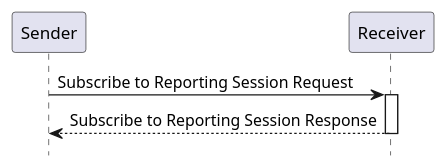
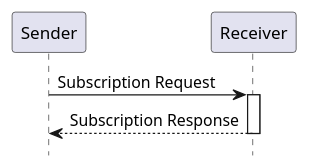
One commit to IHE/RAD.IRA changed the diagram in input/images-source/rad-x1-seq.plantuml. Above: the diagram before and after it, drawn with PlantUML. The commit also changed 1 other file, not shown here.

Commit message:
Simplify messages to just Subscription Request / Response.

```diff
--- a/input/images-source/rad-x1-seq.plantuml
+++ b/input/images-source/rad-x1-seq.plantuml
@@ -1,13 +1,13 @@
 @startuml
 
 hide footbox
 
 participant "Sender" as Sender
 participant "Receiver" as Receiver
 
-Sender->Receiver: Subscribe to Reporting Session Request
+Sender->Receiver: Subscription Request
 activate Receiver
-Receiver-->Sender: Subscribe to Reporting Session Response
+Receiver-->Sender: Subscription Response
 deactivate Receiver
 
 @enduml
```
